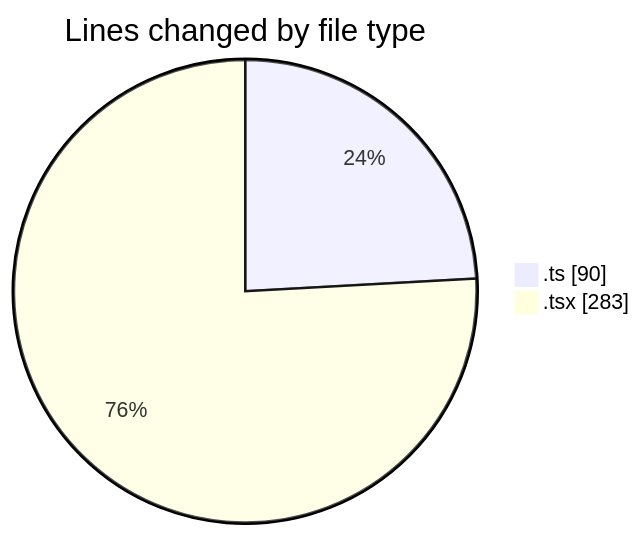
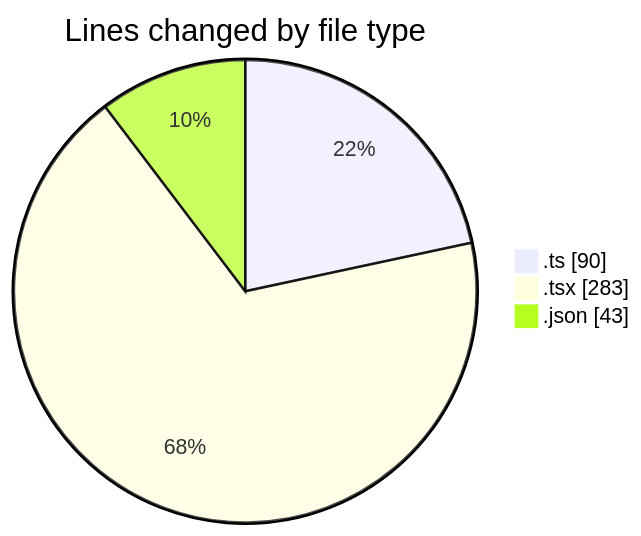
Before and after one commit to momahboobian/code-tracking: the first of 2 diagrams in 2025-01-25/pdf-analysis-app/README.md, drawn with Mermaid. The commit also changed other lines of this file and 1 other file, not shown here.

````diff
--- a/2025-01-25/pdf-analysis-app/README.md
+++ b/2025-01-25/pdf-analysis-app/README.md
@@ -23,6 +24,7 @@
 ```mermaid
 pie showData
 title Lines changed by file type
 ".ts" : 90
 ".tsx" : 283
+".json" : 43
 ```
````
